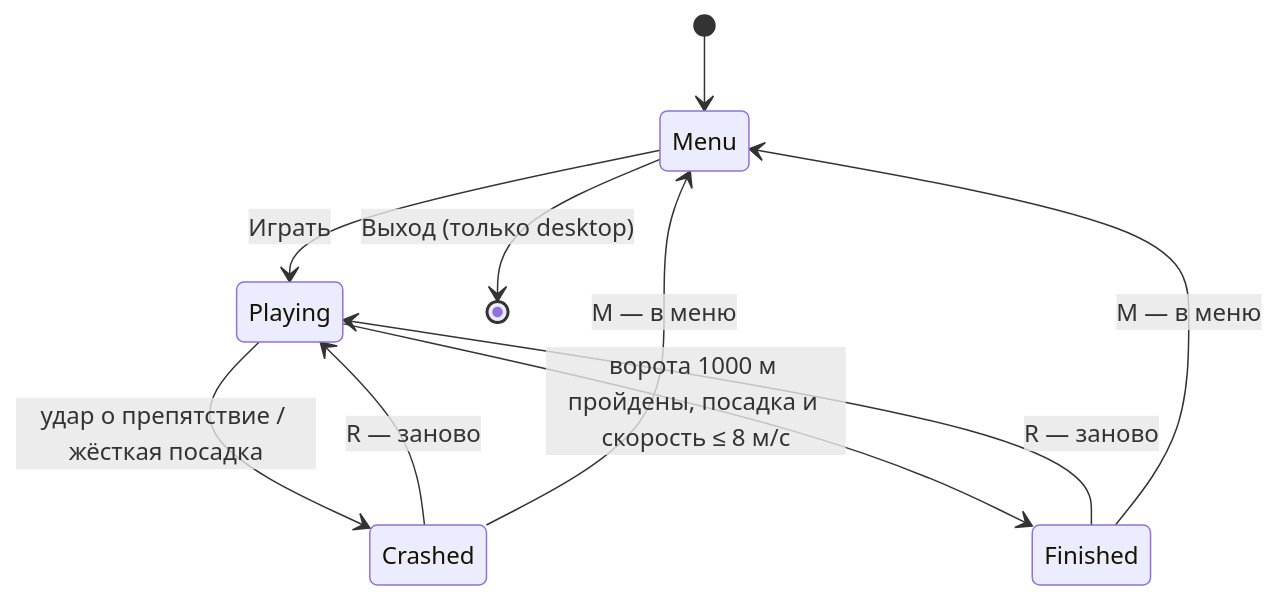
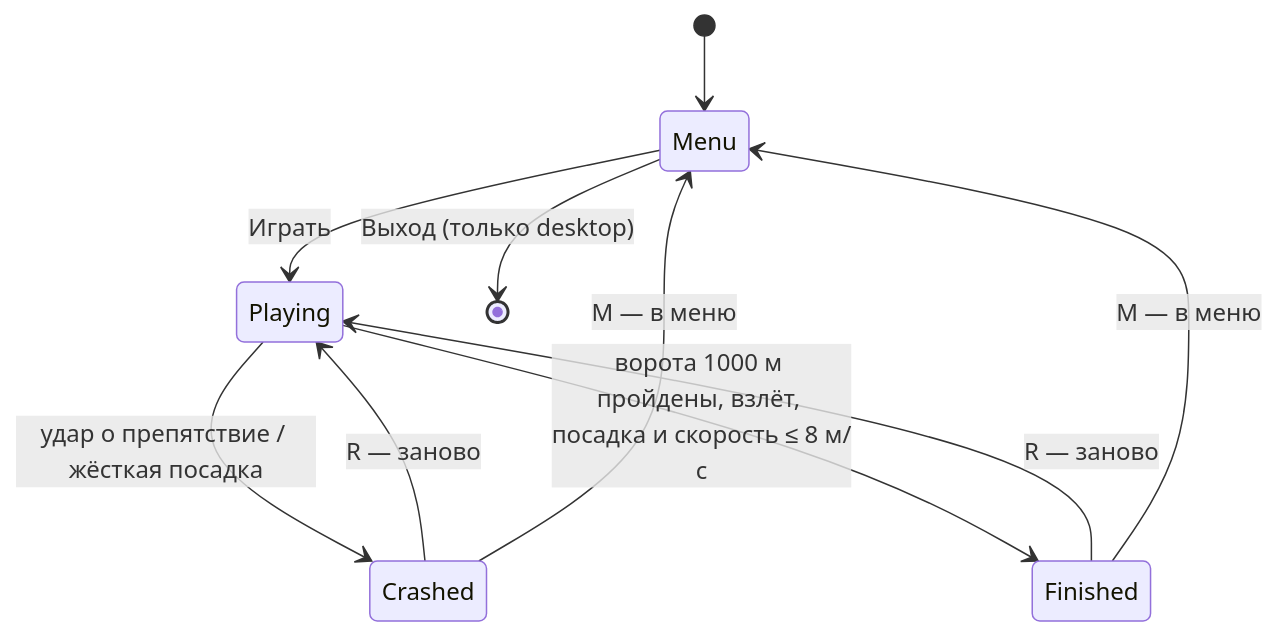
One commit to maratnek/claude-try-first changed the second of 2 diagrams in docs/ARCHITECTURE.md. Above: the diagram before and after it, drawn with Mermaid. The commit also changed other lines of this file and 1 other file, not shown here.

Commit message:
Log the takeoff-required finish rule

````diff
--- a/docs/ARCHITECTURE.md
+++ b/docs/ARCHITECTURE.md
@@ -78,12 +78,12 @@
 ```mermaid
 stateDiagram-v2
     [*] --> Menu
     Menu --> Playing: Играть
     Playing --> Crashed: удар о препятствие / жёсткая посадка
     Crashed --> Playing: R — заново
     Crashed --> Menu: M — в меню
-    Playing --> Finished: ворота 1000 м пройдены, посадка и скорость ≤ 8 м/с
+    Playing --> Finished: ворота 1000 м пройдены, взлёт, посадка и скорость ≤ 8 м/с
     Finished --> Playing: R — заново
     Finished --> Menu: M — в меню
     Menu --> [*]: Выход (только desktop)
 ```
````
